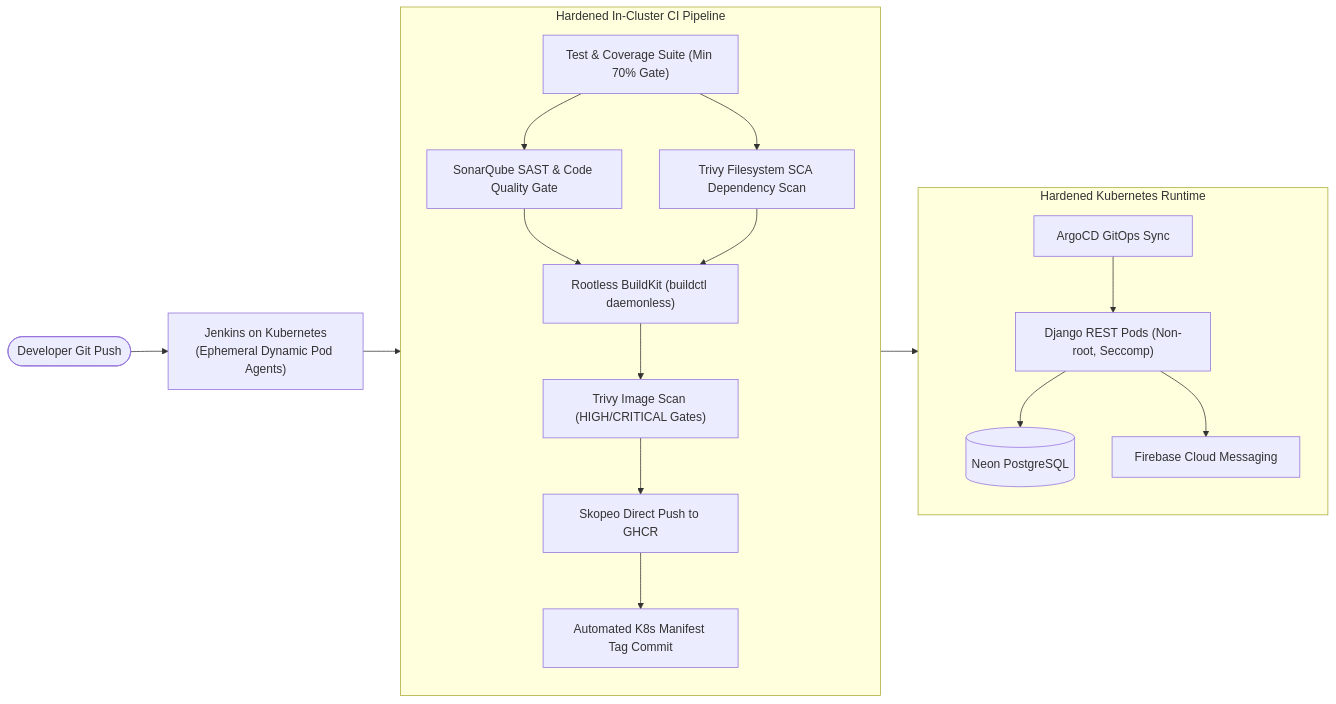
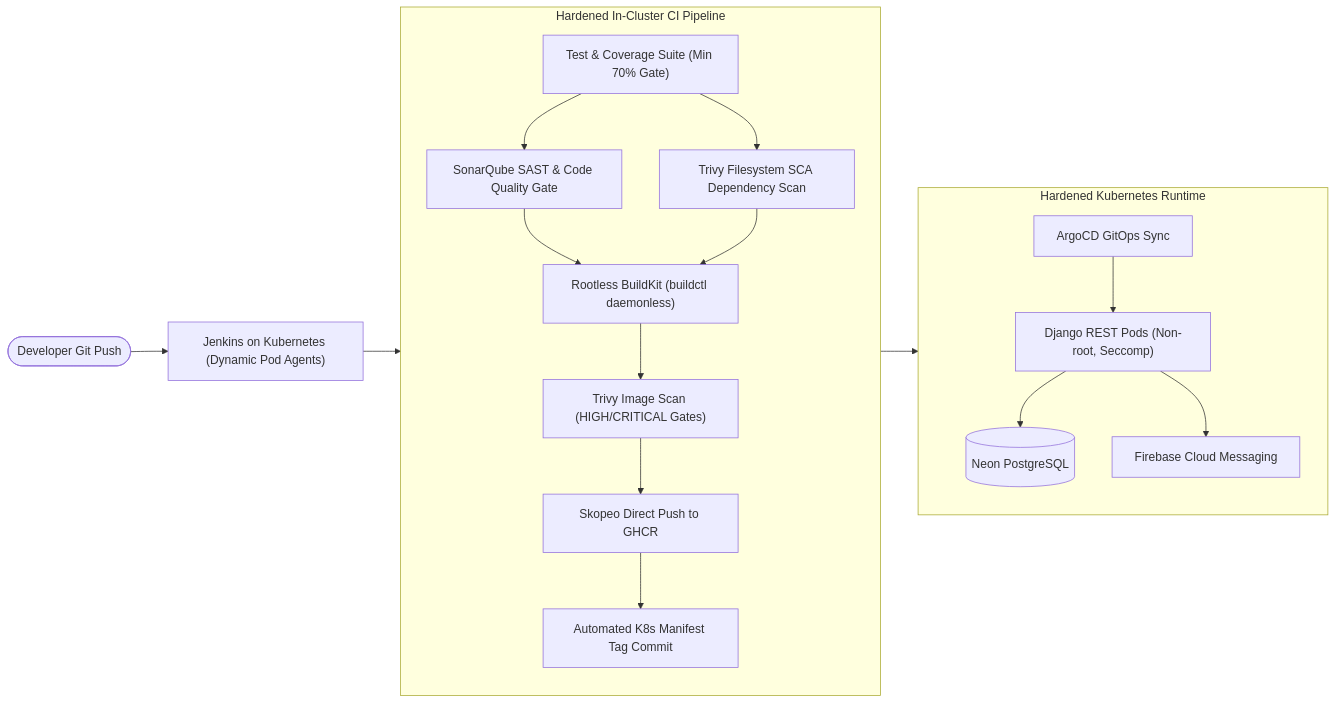
Before and after one commit to aaboelala/aaboelala: the third of 4 diagrams in README.md, drawn with Mermaid. The commit also changed other lines of this file, not shown here.

Commit message:
fix(mermaid): quote edge and node labels to eliminate parser errors

````diff
--- a/README.md
+++ b/README.md
@@ -246,38 +251,38 @@
 ```mermaid
 flowchart LR
-    DevPush([Developer Git Push]) --> Jenkins["Jenkins on Kubernetes<br/>(Ephemeral Dynamic Pod Agents)"]
+    DevPush(["Developer Git Push"]) --> Jenkins["Jenkins on Kubernetes (Dynamic Pod Agents)"]
     
     subgraph HardenedCI ["Hardened In-Cluster CI Pipeline"]
         direction TB
         T1["Test & Coverage Suite (Min 70% Gate)"]
         T2["SonarQube SAST & Code Quality Gate"]
         T3["Trivy Filesystem SCA Dependency Scan"]
         T4["Rootless BuildKit (buildctl daemonless)"]
         T5["Trivy Image Scan (HIGH/CRITICAL Gates)"]
         T6["Skopeo Direct Push to GHCR"]
         T7["Automated K8s Manifest Tag Commit"]
         
         T1 --> T2
         T1 --> T3
         T2 --> T4
         T3 --> T4
         T4 --> T5
         T5 --> T6
         T6 --> T7
     end
 
     subgraph RuntimeK8s ["Hardened Kubernetes Runtime"]
         direction TB
         ArgoCD["ArgoCD GitOps Sync"]
         Workload["Django REST Pods (Non-root, Seccomp)"]
-        DB[(Neon PostgreSQL)]
+        DB[("Neon PostgreSQL")]
         FCM["Firebase Cloud Messaging"]
         
         ArgoCD --> Workload
         Workload --> DB
         Workload --> FCM
     end
 
     Jenkins --> HardenedCI
     T7 --> ArgoCD
 ```
````
